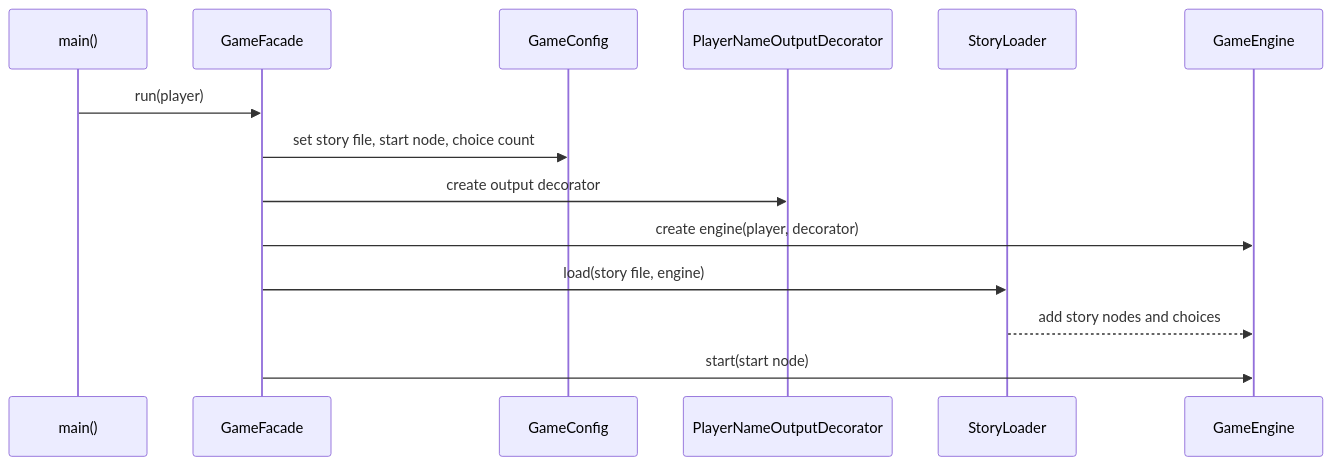
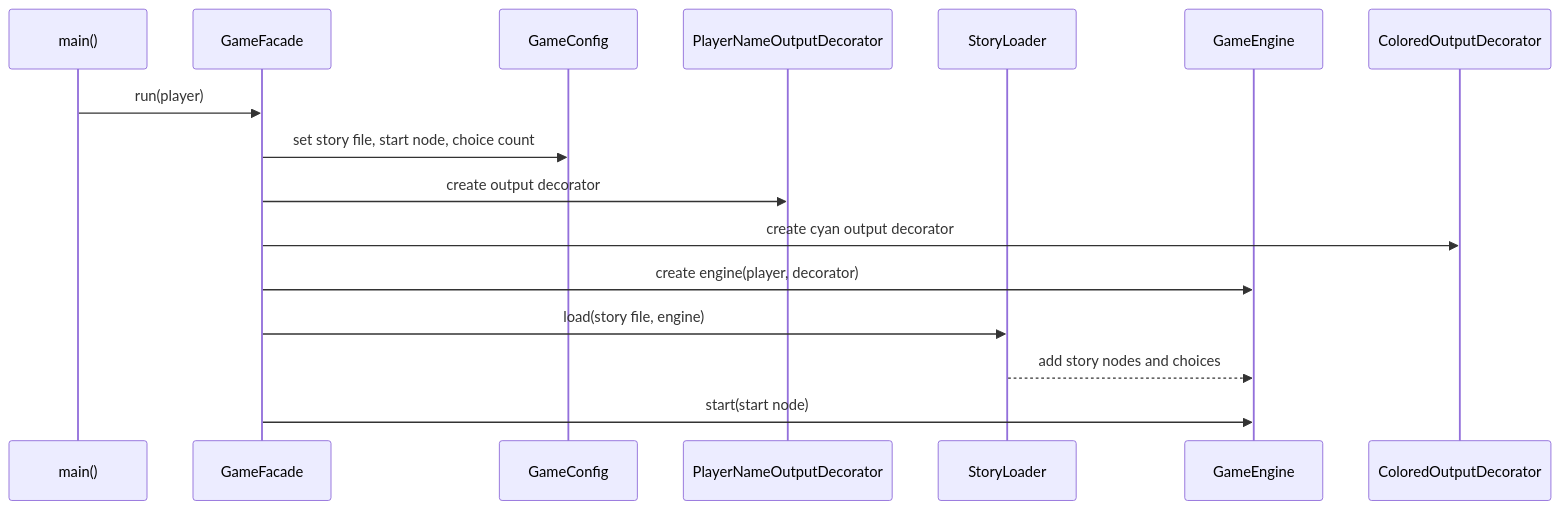
The sixth of 7 diagrams in lab2/REPORT.md (ValeriaPostica/TMPS), drawn with Mermaid before and after one commit. The commit also changed other lines of this file and 19 other files, not shown here.

````diff
--- a/lab2/REPORT.md
+++ b/lab2/REPORT.md
@@ -479,17 +583,19 @@
 ```mermaid
 sequenceDiagram
     participant Main as main()
     participant Facade as GameFacade
     participant Config as GameConfig
     participant Decorator as PlayerNameOutputDecorator
     participant Loader as StoryLoader
     participant Engine as GameEngine
+    participant Color as ColoredOutputDecorator
 
     Main->>Facade: run(player)
     Facade->>Config: set story file, start node, choice count
     Facade->>Decorator: create output decorator
+    Facade->>Color: create cyan output decorator
     Facade->>Engine: create engine(player, decorator)
     Facade->>Loader: load(story file, engine)
     Loader-->>Engine: add story nodes and choices
     Facade->>Engine: start(start node)
 ```
````
